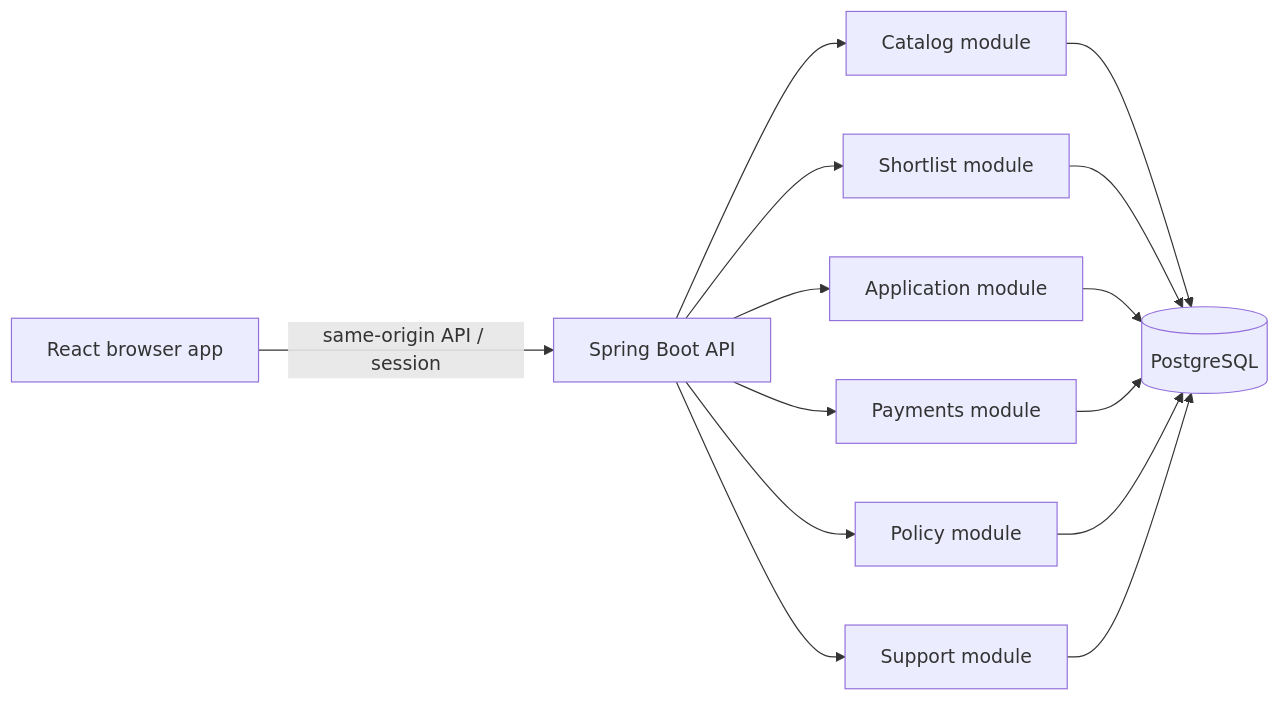
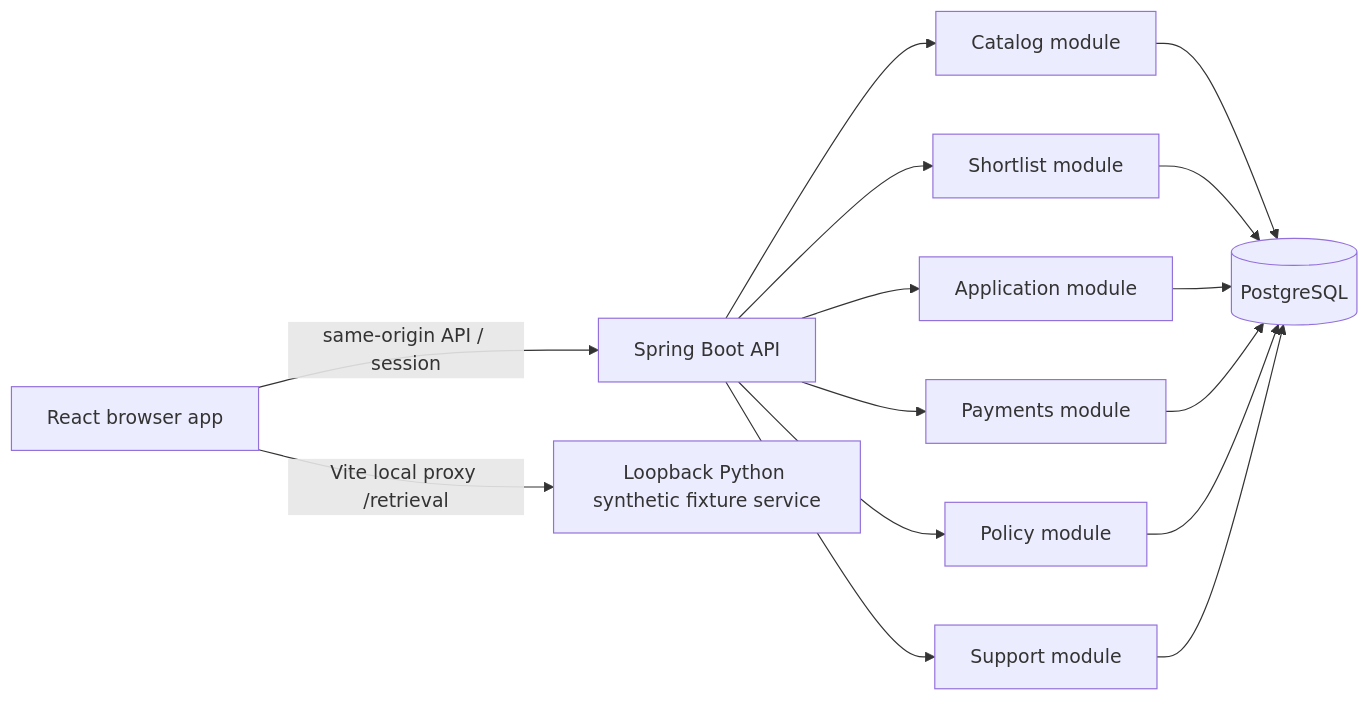
Before and after one commit to advait-ravi-marathe/capstone-project: the first of 3 diagrams in docs/architecture/README.md, drawn with Mermaid. The commit also changed other lines of this file and 72 other files, not shown here.

````diff
--- a/docs/architecture/README.md
+++ b/docs/architecture/README.md
@@ -9,16 +9,17 @@
 ```mermaid
 flowchart LR
   Browser[React browser app] -->|same-origin API / session| API[Spring Boot API]
+  Browser -->|Vite local proxy /retrieval| CAP41[Loopback Python synthetic fixture service]
   API --> Catalog[Catalog module]
   API --> Shortlist[Shortlist module]
   API --> Application[Application module]
   API --> Payments[Payments module]
   API --> Policy[Policy module]
   API --> Support[Support module]
   Catalog --> DB[(PostgreSQL)]
   Shortlist --> DB
   Application --> DB
   Payments --> DB
   Policy --> DB
   Support --> DB
 ```
````
